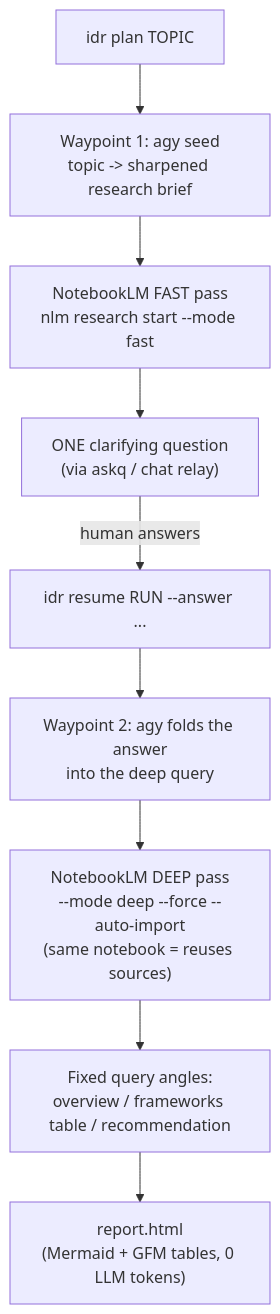
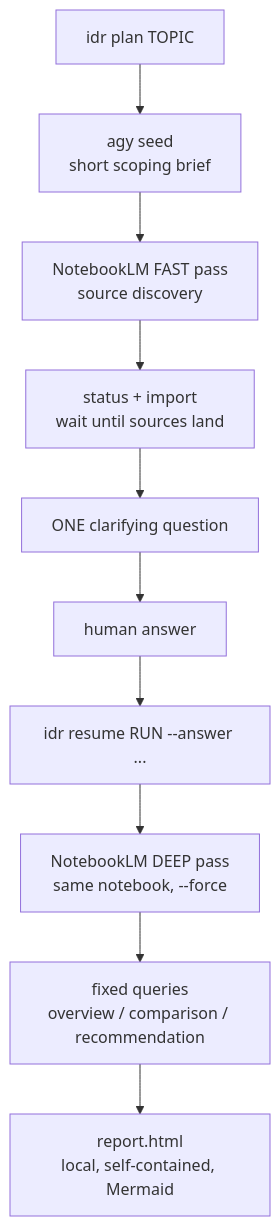
Before and after one commit to Martin-Hausleitner/interactive-deep-research: the diagram in skills/interactive-deep-research/SKILL.md, drawn with Mermaid. The commit also changed other lines of this file and 17 other files, not shown here.

````diff
--- a/skills/interactive-deep-research/SKILL.md
+++ b/skills/interactive-deep-research/SKILL.md
@@ -30,11 +29,12 @@
 ```mermaid
 flowchart TD
-    A["idr plan TOPIC"] --> B["Waypoint 1: agy seed<br/>topic -> sharpened research brief"]
-    B --> C["NotebookLM FAST pass<br/>nlm research start --mode fast"]
-    C --> D["ONE clarifying question<br/>(via askq / chat relay)"]
-    D -->|human answers| E["idr resume RUN --answer ..."]
-    E --> F["Waypoint 2: agy folds the answer<br/>into the deep query"]
-    F --> G["NotebookLM DEEP pass<br/>--mode deep --force --auto-import<br/>(same notebook = reuses sources)"]
-    G --> H["Fixed query angles:<br/>overview / frameworks table / recommendation"]
-    H --> I["report.html<br/>(Mermaid + GFM tables, 0 LLM tokens)"]
+    A["idr plan TOPIC"] --> B["agy seed<br/>short scoping brief"]
+    B --> C["NotebookLM FAST pass<br/>source discovery"]
+    C --> D["status + import<br/>wait until sources land"]
+    D --> E["ONE clarifying question"]
+    E --> F["human answer"]
+    F --> G["idr resume RUN --answer ..."]
+    G --> H["NotebookLM DEEP pass<br/>same notebook, --force"]
+    H --> I["fixed queries<br/>overview / comparison / recommendation"]
+    I --> J["report.html<br/>local, self-contained, Mermaid"]
 ```
````
